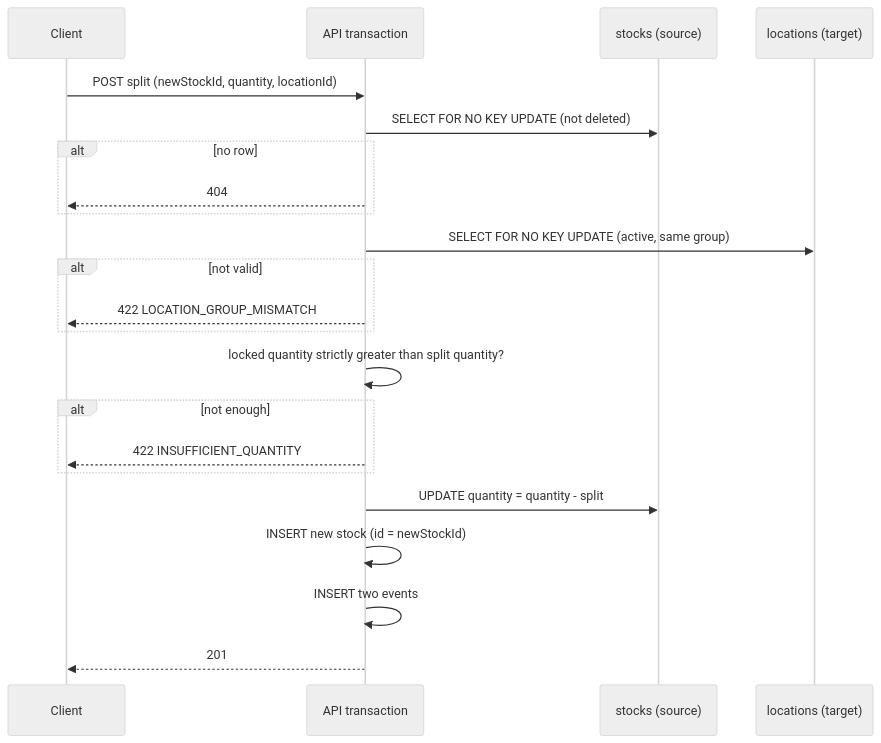
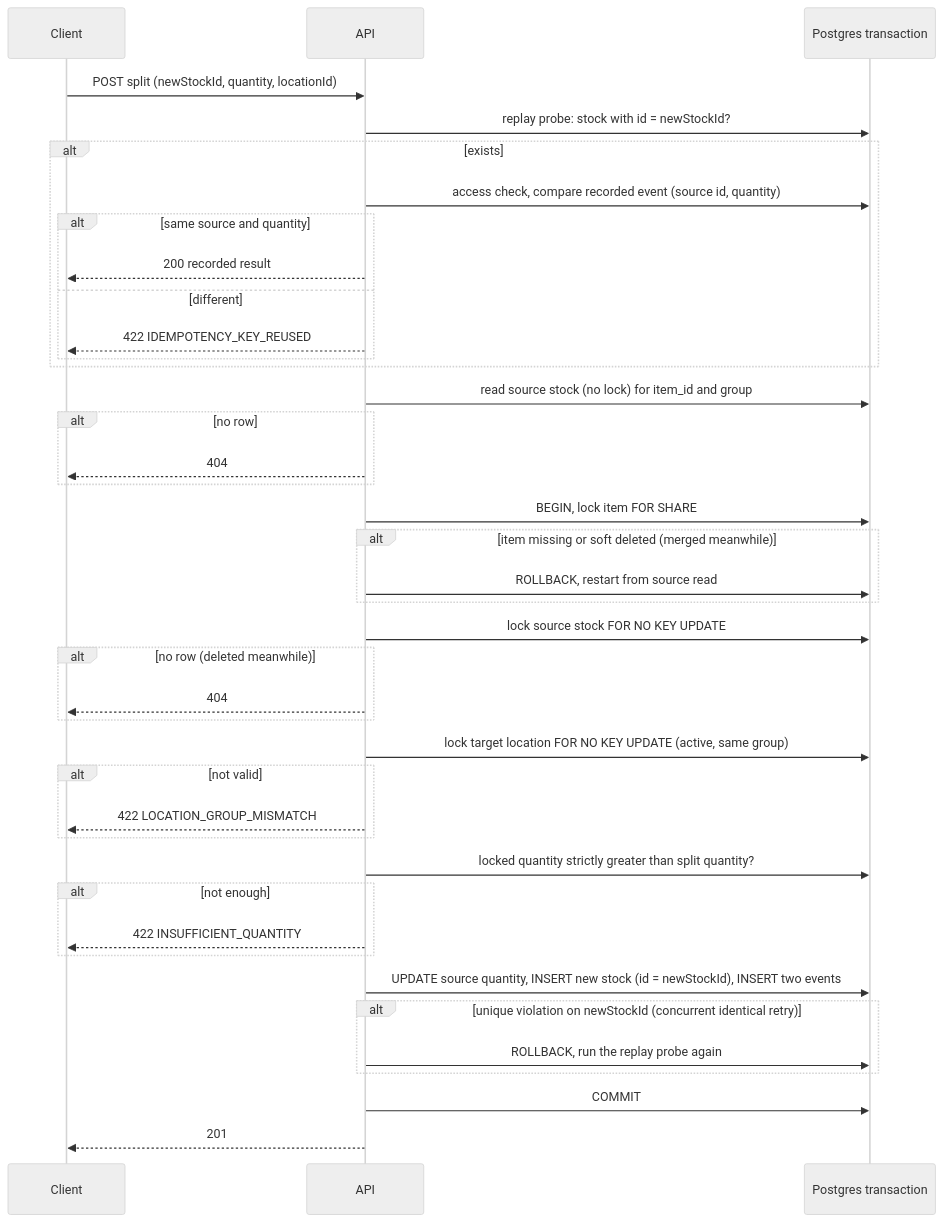
One commit to TakashiAihara/prep-hamster changed the diagram in docs/design/stock-split.md. Above: the diagram before and after it, drawn with Mermaid (neutral theme). The commit also changed other lines of this file and 3 other files, not shown here.

````diff
--- a/docs/design/stock-split.md
+++ b/docs/design/stock-split.md
@@ -88,24 +98,42 @@
 ```mermaid
 sequenceDiagram
   participant C as Client
-  participant A as API transaction
-  participant S as stocks (source)
-  participant L as locations (target)
+  participant A as API
+  participant D as Postgres transaction
   C->>A: POST split (newStockId, quantity, locationId)
-  A->>S: SELECT FOR NO KEY UPDATE (not deleted)
+  A->>D: replay probe: stock with id = newStockId?
+  alt exists
+    A->>D: access check, compare recorded event (source id, quantity)
+    alt same source and quantity
+      A-->>C: 200 recorded result
+    else different
+      A-->>C: 422 IDEMPOTENCY_KEY_REUSED
+    end
+  end
+  A->>D: read source stock (no lock) for item_id and group
   alt no row
     A-->>C: 404
   end
-  A->>L: SELECT FOR NO KEY UPDATE (active, same group)
+  A->>D: BEGIN, lock item FOR SHARE
+  alt item missing or soft deleted (merged meanwhile)
+    A->>D: ROLLBACK, restart from source read
+  end
+  A->>D: lock source stock FOR NO KEY UPDATE
+  alt no row (deleted meanwhile)
+    A-->>C: 404
+  end
+  A->>D: lock target location FOR NO KEY UPDATE (active, same group)
   alt not valid
     A-->>C: 422 LOCATION_GROUP_MISMATCH
   end
-  A->>A: locked quantity strictly greater than split quantity?
+  A->>D: locked quantity strictly greater than split quantity?
   alt not enough
     A-->>C: 422 INSUFFICIENT_QUANTITY
   end
-  A->>S: UPDATE quantity = quantity - split
-  A->>A: INSERT new stock (id = newStockId)
-  A->>A: INSERT two events
+  A->>D: UPDATE source quantity, INSERT new stock (id = newStockId), INSERT two events
+  alt unique violation on newStockId (concurrent identical retry)
+    A->>D: ROLLBACK, run the replay probe again
+  end
+  A->>D: COMMIT
   A-->>C: 201
 ```
````
